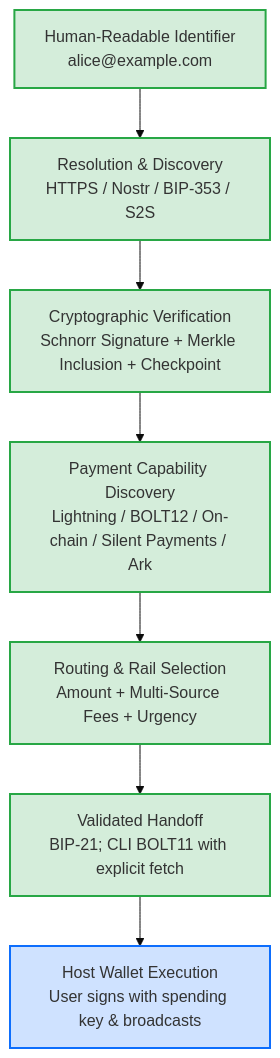
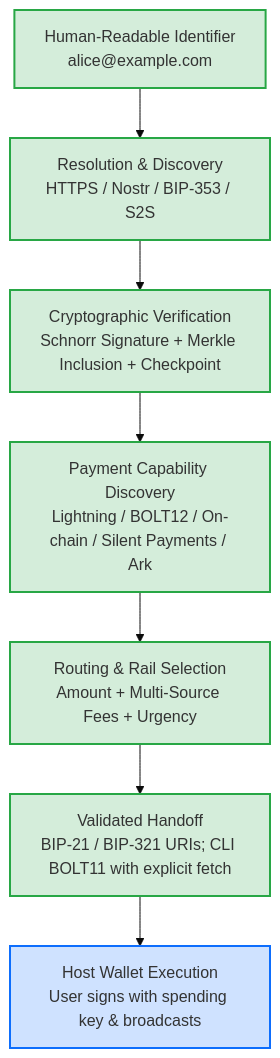
The first of 2 diagrams in docs/architecture.md (marchelo23/satspath), drawn with Mermaid (base theme) before and after one commit. The commit also changed other lines of this file and 16 other files, not shown here.

````diff
--- a/docs/architecture.md
+++ b/docs/architecture.md
@@ -14,15 +17,15 @@
 ```mermaid
 flowchart TD
     A[Human-Readable Identifier\nalice@example.com] --> B[Resolution & Discovery\nHTTPS / Nostr / BIP-353 / S2S]
     B --> C[Cryptographic Verification\nSchnorr Signature + Merkle Inclusion + Checkpoint]
     C --> D[Payment Capability Discovery\nLightning / BOLT12 / On-chain / Silent Payments / Ark]
     D --> E[Routing & Rail Selection\nAmount + Multi-Source Fees + Urgency]
-    E --> F[Validated Handoff\nBIP-21; CLI BOLT11 with explicit fetch]
+    E --> F[Validated Handoff\nBIP-21 / BIP-321 URIs; CLI BOLT11 with explicit fetch]
     F --> G[Host Wallet Execution\nUser signs with spending key & broadcasts]
 
     classDef highlight fill:#f9f,stroke:#333,stroke-width:2px;
     classDef sats fill:#d4edda,stroke:#28a745,stroke-width:2px;
     classDef wallet fill:#cfe2ff,stroke:#0d6efd,stroke-width:2px;
     class A,B,C,D,E,F sats;
     class G wallet;
 ```
````
